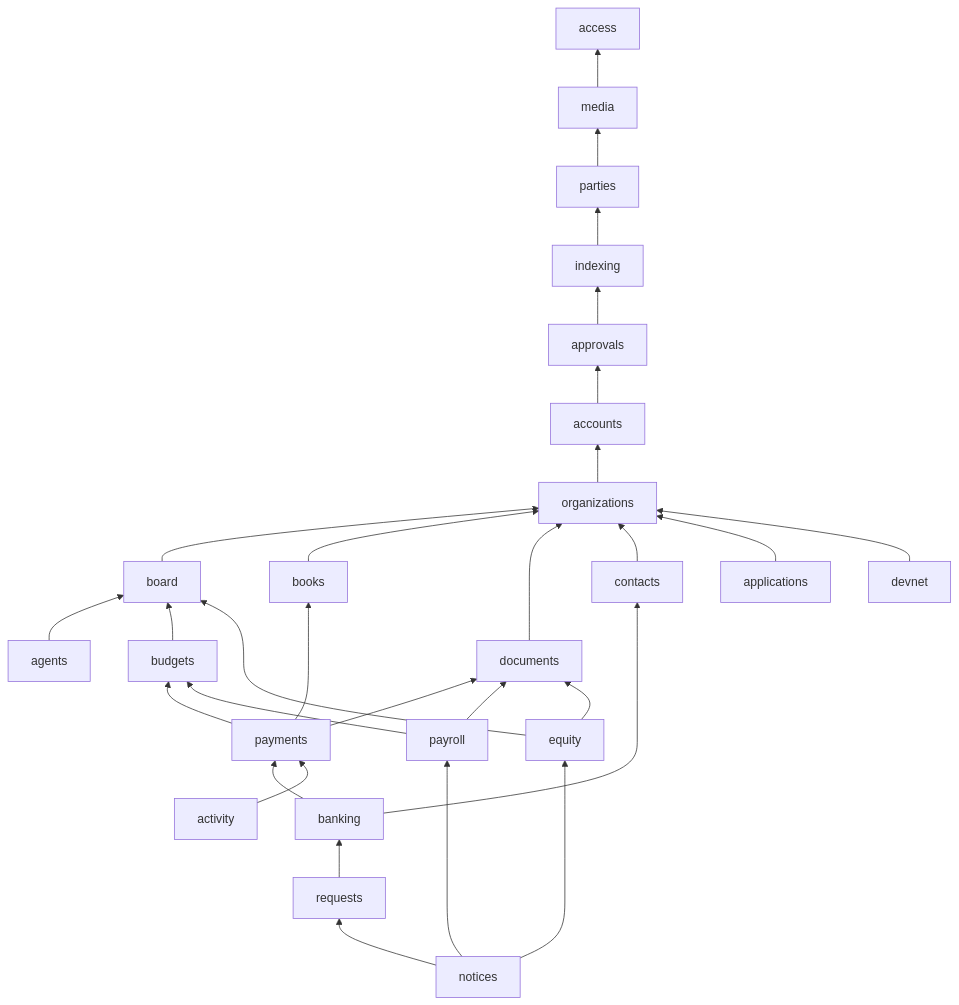
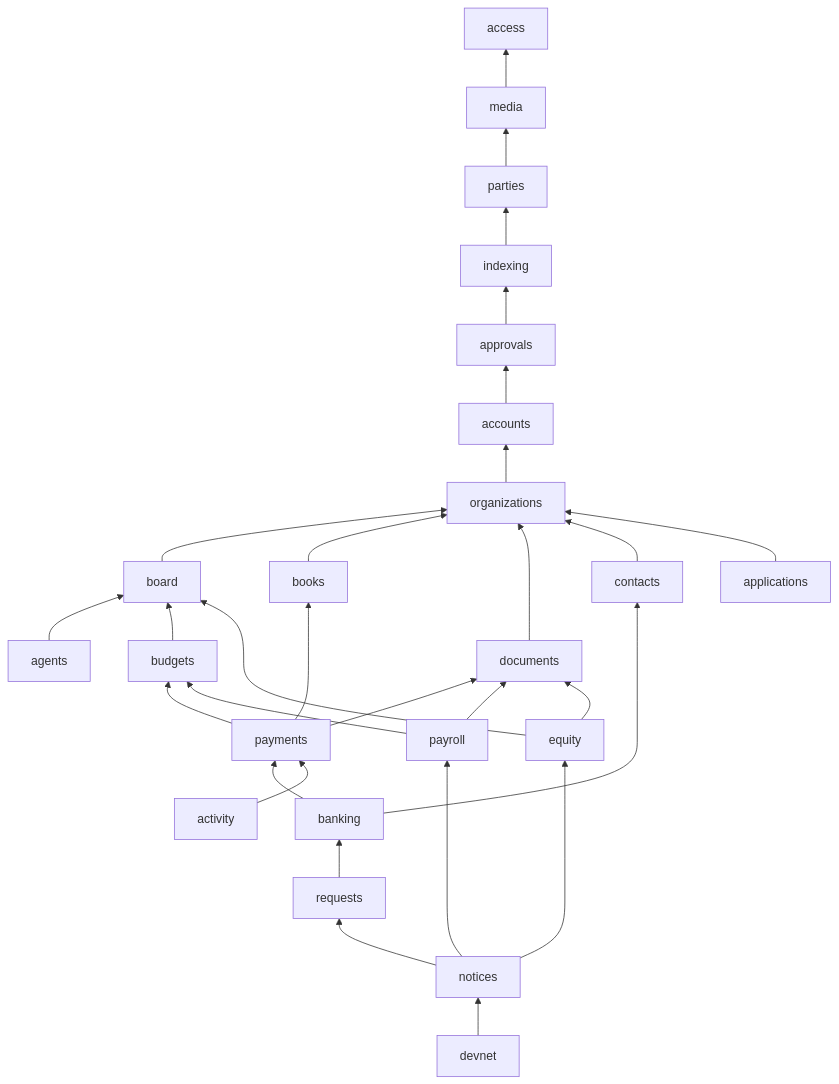
Before and after one commit to AaronAbuUsama/capxul-next: the second of 2 diagrams in docs/decisions/target-architecture.md, drawn with Mermaid. The commit also changed other lines of this file and 7 other files, not shown here.

````diff
--- a/docs/decisions/target-architecture.md
+++ b/docs/decisions/target-architecture.md
@@ -141,31 +143,31 @@
 ```mermaid
 flowchart BT
   media --> access
   parties --> media
   indexing --> parties
   approvals --> indexing
   accounts --> approvals
   organizations --> accounts
   board --> organizations
   agents --> board
   budgets --> board
   books --> organizations
   documents --> organizations
   contacts --> organizations
   payments --> budgets
   payments --> books
   payments --> documents
   payroll --> budgets
   payroll --> documents
   banking --> contacts
   banking --> payments
   requests --> banking
   applications --> organizations
   equity --> board
   equity --> documents
   activity --> payments
   notices --> payroll
   notices --> requests
   notices --> equity
-  devnet --> organizations
+  devnet --> notices
 ```
````
